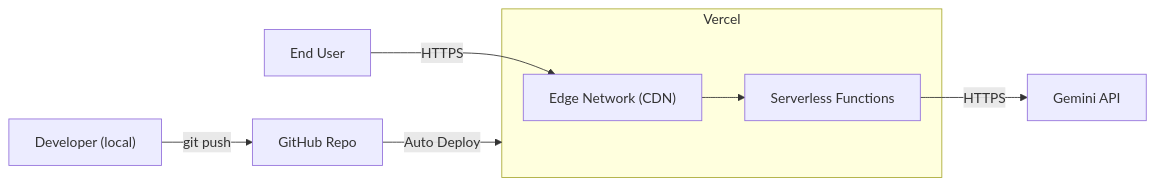
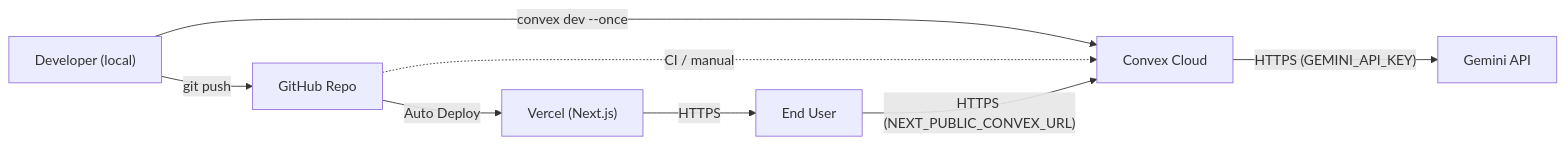
Before and after one commit to Moballig/habitforge: the sixth of 6 diagrams in docs/ARCHITECTURE.md, drawn with Mermaid. The commit also changed other lines of this file and 20 other files, not shown here.

````diff
--- a/docs/ARCHITECTURE.md
+++ b/docs/ARCHITECTURE.md
@@ -254,14 +255,11 @@
 ```mermaid
 flowchart LR
     Dev["Developer (local)"] -->|"git push"| GH["GitHub Repo"]
-    GH -->|"Auto Deploy"| Vercel["Vercel Platform"]
-    
-    subgraph Vercel
-        Edge["Edge Network (CDN)"]
-        SSR["Serverless Functions"]
-        Edge --> SSR
-    end
-    
-    SSR -->|"HTTPS"| Gemini["Gemini API"]
-    User["End User"] -->|"HTTPS"| Edge
+    GH -->|"Auto Deploy"| Vercel["Vercel (Next.js)"]
+    Dev -->|"convex dev --once"| Convex["Convex Cloud"]
+    GH -.->|"CI / manual"| Convex
+
+    Vercel -->|"HTTPS"| User["End User"]
+    User -->|"HTTPS (NEXT_PUBLIC_CONVEX_URL)"| Convex
+    Convex -->|"HTTPS (GEMINI_API_KEY)"| Gemini["Gemini API"]
 ```
````
